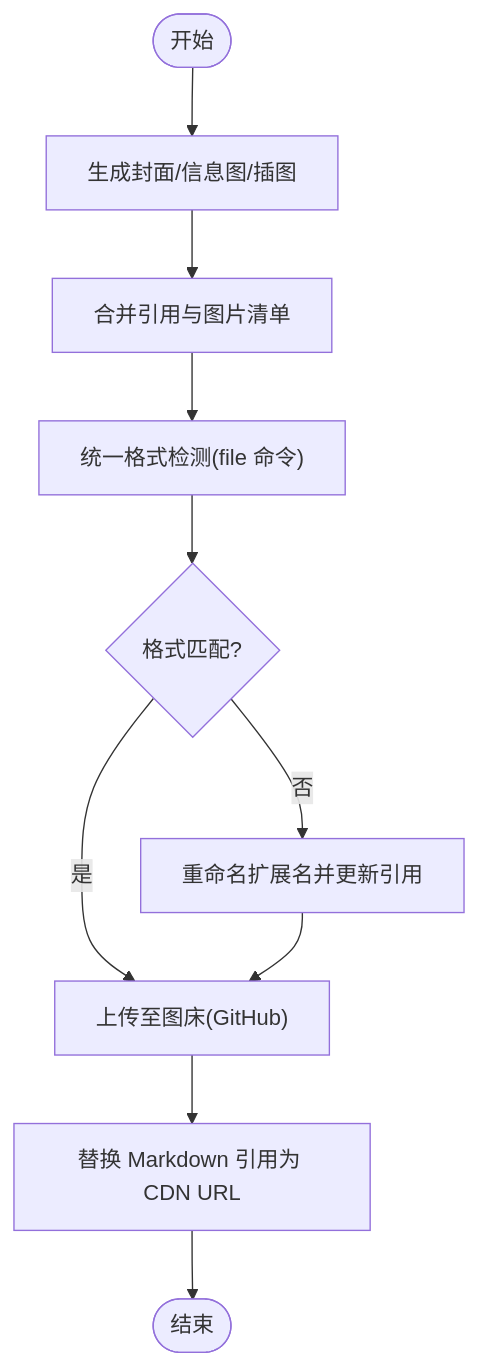
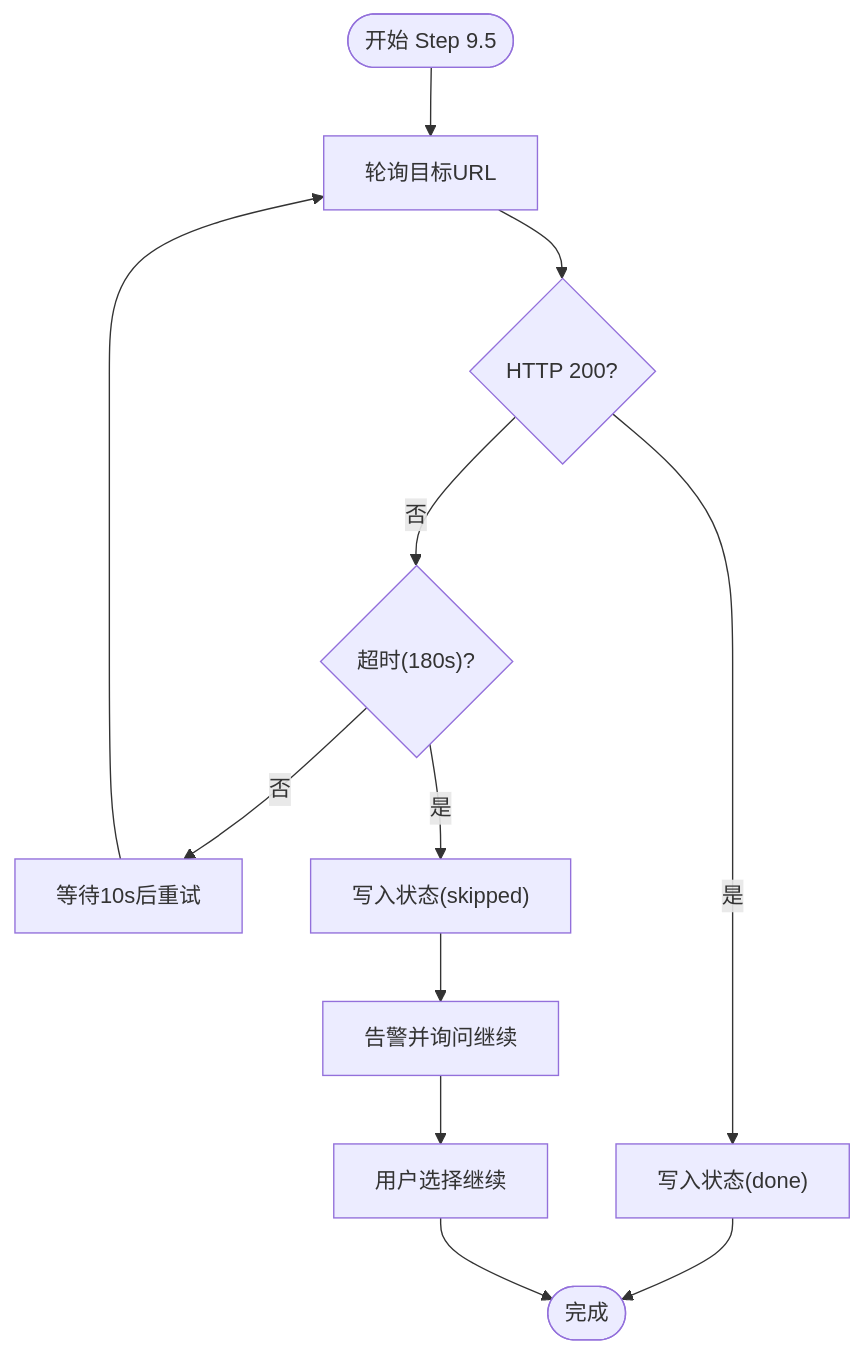
Before and after one commit to NTLx/ntlx.github.io: the fifth of 7 diagrams in .qoder/repowiki/zh/content/AI 技能系统/发布自动化技能/微信文章写作管线.md, drawn with Mermaid. The commit also changed other lines of this file and 8 other files, not shown here.

````diff
--- a/.qoder/repowiki/zh/content/AI 技能系统/发布自动化技能/微信文章写作管线.md
+++ b/.qoder/repowiki/zh/content/AI 技能系统/发布自动化技能/微信文章写作管线.md
@@ -342,12 +220,14 @@
 ```mermaid
 flowchart TD
-Start(["开始"]) --> Gen["生成封面/信息图/插图"]
-Gen --> Merge["合并引用与图片清单"]
-Merge --> Detect["统一格式检测(file 命令)"]
-Detect --> Fix{"格式匹配?"}
-Fix --> |否| Rename["重命名扩展名并更新引用"]
-Fix --> |是| Upload["上传至图床(GitHub)"]
-Rename --> Upload
-Upload --> Replace["替换 Markdown 引用为 CDN URL"]
-Replace --> End(["结束"])
+Start(["开始 Step 9.5"]) --> Probe["轮询目标URL"]
+Probe --> Check{"HTTP 200?"}
+Check --> |是| Success["写入状态(done)"]
+Check --> |否| Timeout{"超时(180s)?"}
+Timeout --> |否| Wait["等待10s后重试"]
+Wait --> Probe
+Timeout --> |是| Skip["写入状态(skipped)"]
+Skip --> Alert["告警并询问继续"]
+Alert --> Continue["用户选择继续"]
+Success --> Done(["完成"])
+Continue --> Done
 ```
````
